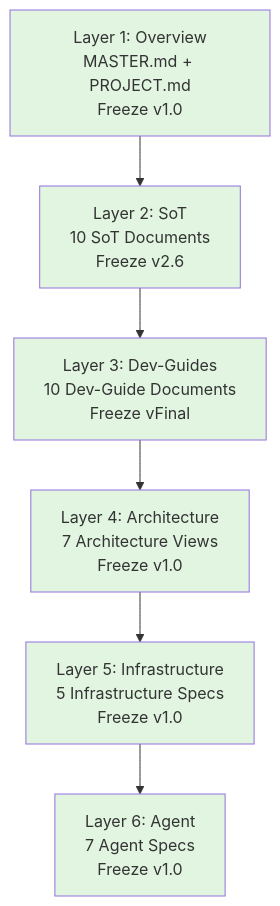
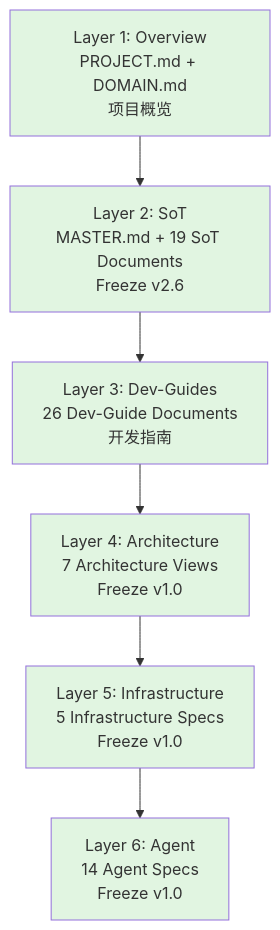
Before and after one commit to wade56754/AI_ad_spend02: the diagram in docs/README.md, drawn with Mermaid. The commit also changed other lines of this file and 3 other files, not shown here.

````diff
--- a/docs/README.md
+++ b/docs/README.md
@@ -20,15 +20,15 @@
 ```mermaid
 graph TD
-  A[Layer 1: Overview<br/>MASTER.md + PROJECT.md<br/>Freeze v1.0] --> B[Layer 2: SoT<br/>10 SoT Documents<br/>Freeze v2.6]
-  B --> C[Layer 3: Dev-Guides<br/>10 Dev-Guide Documents<br/>Freeze vFinal]
+  A[Layer 1: Overview<br/>PROJECT.md + DOMAIN.md<br/>项目概览] --> B[Layer 2: SoT<br/>MASTER.md + 19 SoT Documents<br/>Freeze v2.6]
+  B --> C[Layer 3: Dev-Guides<br/>26 Dev-Guide Documents<br/>开发指南]
   C --> D[Layer 4: Architecture<br/>7 Architecture Views<br/>Freeze v1.0]
   D --> E[Layer 5: Infrastructure<br/>5 Infrastructure Specs<br/>Freeze v1.0]
-  E --> F[Layer 6: Agent<br/>7 Agent Specs<br/>Freeze v1.0]
+  E --> F[Layer 6: Agent<br/>14 Agent Specs<br/>Freeze v1.0]
 
   style A fill:#e1f5e1
   style B fill:#e1f5e1
   style C fill:#e1f5e1
   style D fill:#e1f5e1
   style E fill:#e1f5e1
   style F fill:#e1f5e1
 ```
````
